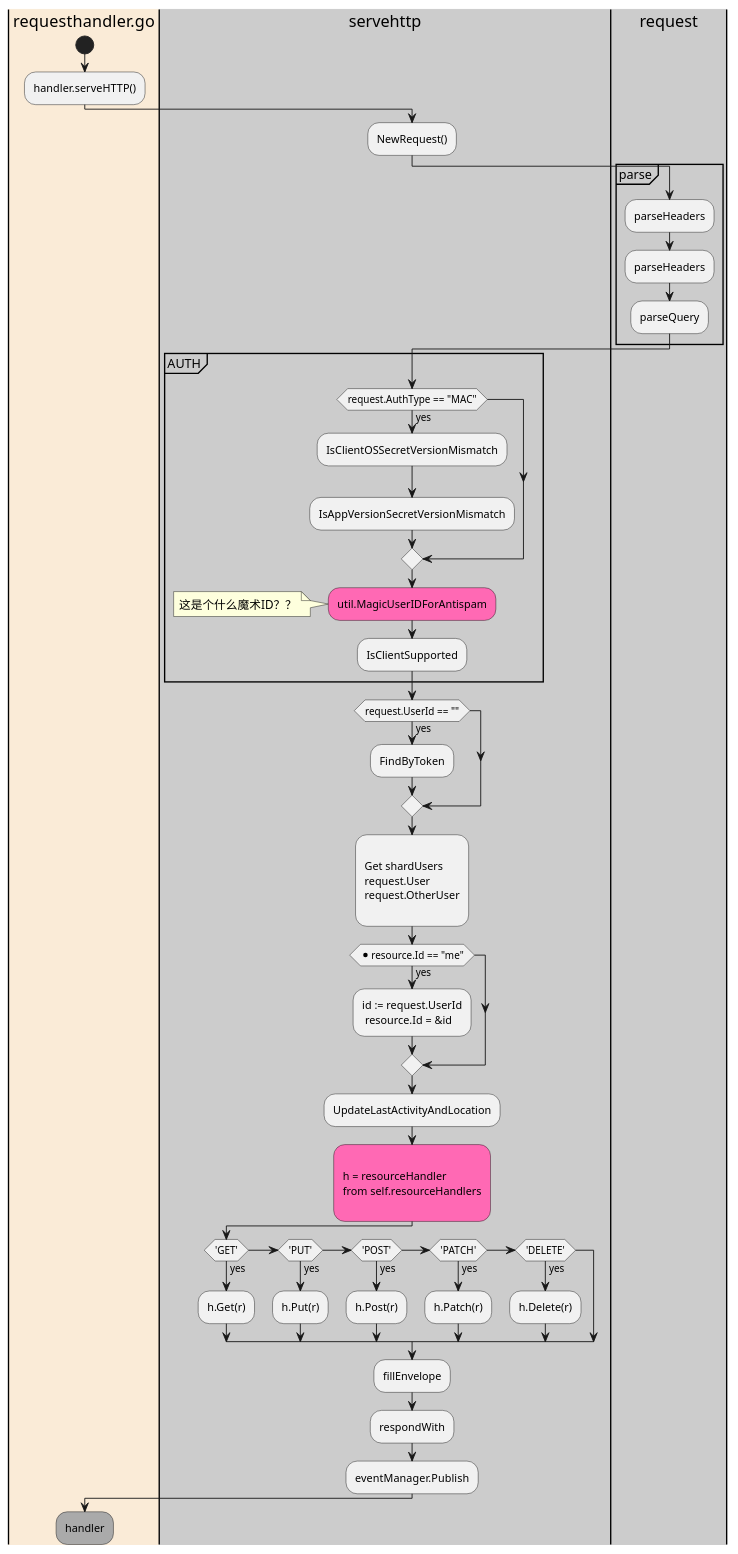
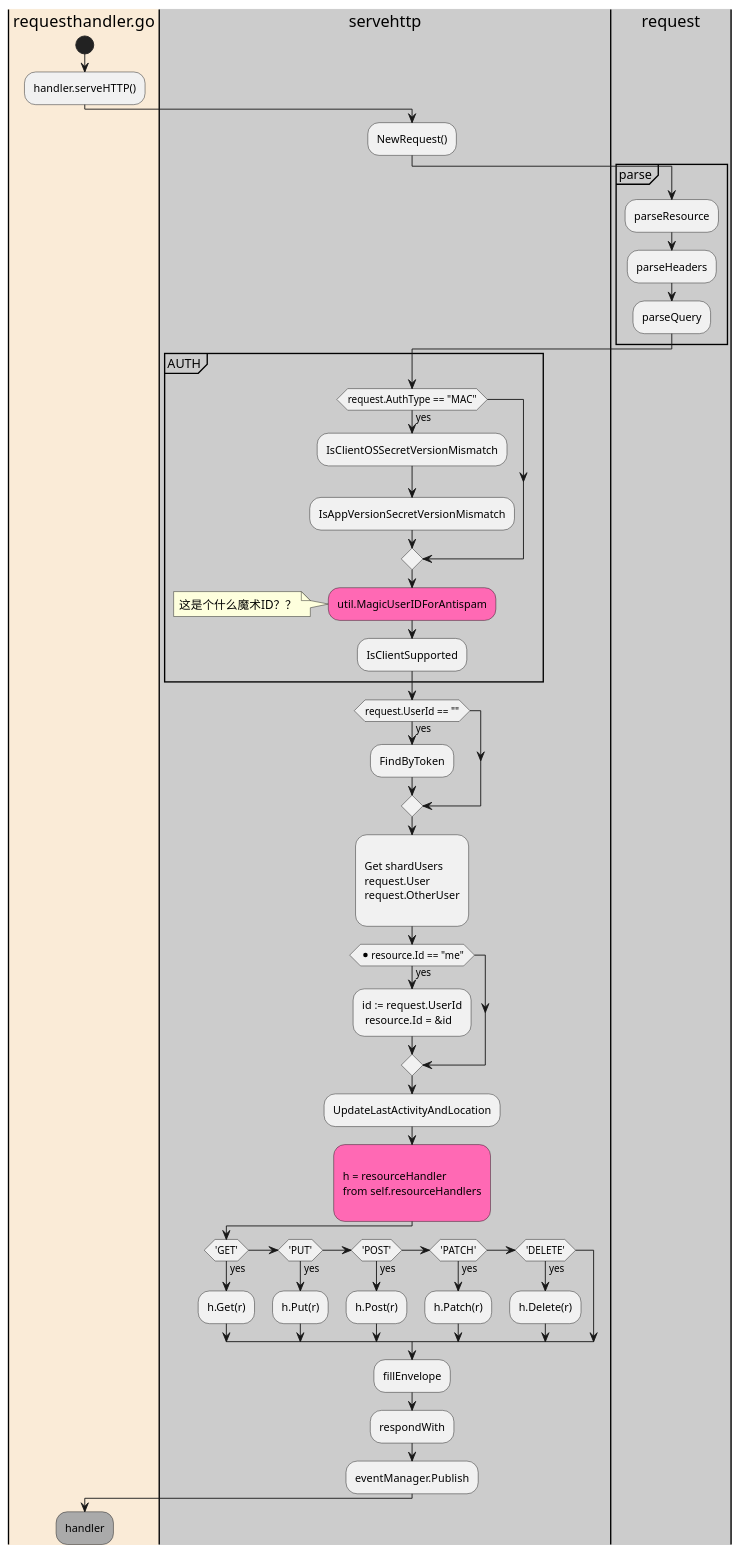
The diagram in graph/core-service-reqhanlder-serveHTTP.puml (beanzhou/tandoc), drawn with PlantUML before and after one commit. The commit also changed 3 other files, not shown here.

```diff
--- a/graph/core-service-reqhanlder-serveHTTP.puml
+++ b/graph/core-service-reqhanlder-serveHTTP.puml
@@ -1,71 +1,71 @@
 @startuml
 |#AntiqueWhite|requesthandler.go|
 start
 :handler.serveHTTP();
 
 |#CCCCCC|servehttp|
 :NewRequest();
 
 |#CCCCCC|request|
 partition parse {
-    :parseHeaders;
+    :parseResource;
     :parseHeaders;
     :parseQuery;
 }
 
 |servehttp|
 partition AUTH {
     if (request.AuthType == "MAC") then (yes)
         :IsClientOSSecretVersionMismatch;
         :IsAppVersionSecretVersionMismatch;
     endif
 
     #HotPink:util.MagicUserIDForAntispam;
     note left
     这是个什么魔术ID？？
     end note
 
     :IsClientSupported;
 }
 
 if (request.UserId == "") then (yes)
     :FindByToken;
 endif
 
 :
 Get shardUsers
 request.User
 request.OtherUser
 ;
 if (*resource.Id == "me") then (yes)
     :id := request.UserId
      resource.Id = &id;
 endif
 
 :UpdateLastActivityAndLocation;
 
 #HotPink:
 h = resourceHandler
 from self.resourceHandlers
 ;
 
 if ('GET') then (yes)
     :h.Get(r);
 elseif ('PUT') then (yes)
     :h.Put(r);
 elseif ('POST') then (yes)
     :h.Post(r);
 elseif ('PATCH') then (yes)
     :h.Patch(r);
 elseif ('DELETE') then (yes)
     :h.Delete(r);
 endif
 
 :fillEnvelope;
 :respondWith;
 :eventManager.Publish;
 
 |requesthandler.go|
 #AAAAAA:handler;
 
 @enduml
```
